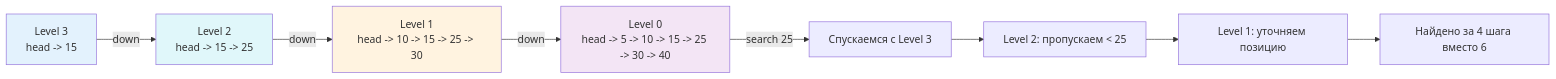
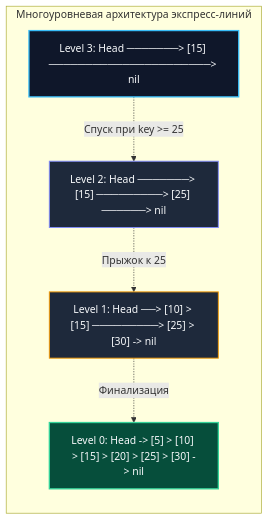
One commit to UnrealTemplier/go-textbook changed the diagram in sources/20. Алгоритмы и структуры данных (DSA) на Go/07. Продвинутые структуры данных/5. Skip list.md. Above: the diagram before and after it, drawn with Mermaid. The commit also changed other lines of this file, not shown here.

````diff
--- a/sources/20. Алгоритмы и структуры данных (DSA) на Go/07. Продвинутые структуры данных/5. Skip list.md
+++ b/sources/20. Алгоритмы и структуры данных (DSA) на Go/07. Продвинутые структуры данных/5. Skip list.md
@@ -19,16 +44,23 @@
 ```mermaid
 flowchart LR
-    L3["Level 3<br>head -> 15"] -->|down| L2_1["Level 2<br>head -> 15 -> 25"]
-    L2_1 -->|down| L2_2["Level 1<br>head -> 10 -> 15 -> 25 -> 30"]
-    L2_2 -->|down| L2_3["Level 0<br>head -> 5 -> 10 -> 15 -> 25 -> 30 -> 40"]
-    
-    L2_3 -->|search 25| N1["Спускаемся с Level 3"]
-    N1 --> N2["Level 2: пропускаем < 25"]
-    N2 --> N3["Level 1: уточняем позицию"]
-    N3 --> N4["Найдено за 4 шага вместо 6"]
-    
-    style L3 fill:#e3f2fd
-    style L2_1 fill:#e0f7fa
-    style L2_2 fill:#fff3e0
-    style L2_3 fill:#f3e5f5
+    subgraph Express["Многоуровневая архитектура экспресс-линий"]
+        L3["Level 3: Head ───────> [15] ──────────────────────> nil"]
+        L2["Level 2: Head ───────> [15] ─────────> [25] ──────> nil"]
+        L1["Level 1: Head ──> [10] > [15] ─────────> [25] > [30] -> nil"]
+        L0["Level 0: Head -> [5] > [10] > [15] > [20] > [25] > [30] -> nil"]
+    end
+
+    L3 -.->|"Спуск при key >= 25"| L2
+    L2 -.->|"Прыжок к 25"| L1
+    L1 -.->|"Финализация"| L0
+
+    classDef l3Box fill:#0f172a,stroke:#38bdf8,stroke-width:2px,color:#f8fafc;
+    classDef l2Box fill:#1e293b,stroke:#818cf8,stroke-width:1.5px,color:#f8fafc;
+    classDef l1Box fill:#1e293b,stroke:#f59e0b,stroke-width:1.5px,color:#f8fafc;
+    classDef l0Box fill:#064e3b,stroke:#34d399,stroke-width:2px,color:#f8fafc;
+
+    class L3 l3Box;
+    class L2 l2Box;
+    class L1 l1Box;
+    class L0 l0Box;
 ```
````
